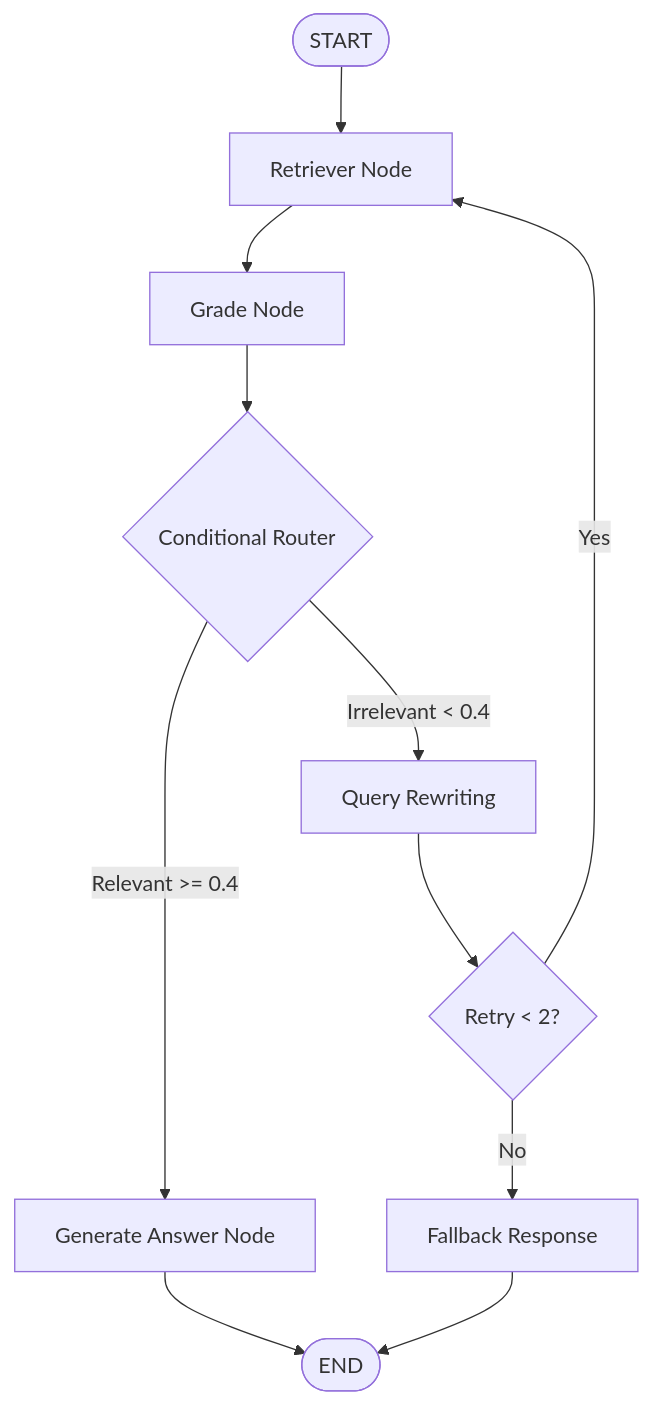
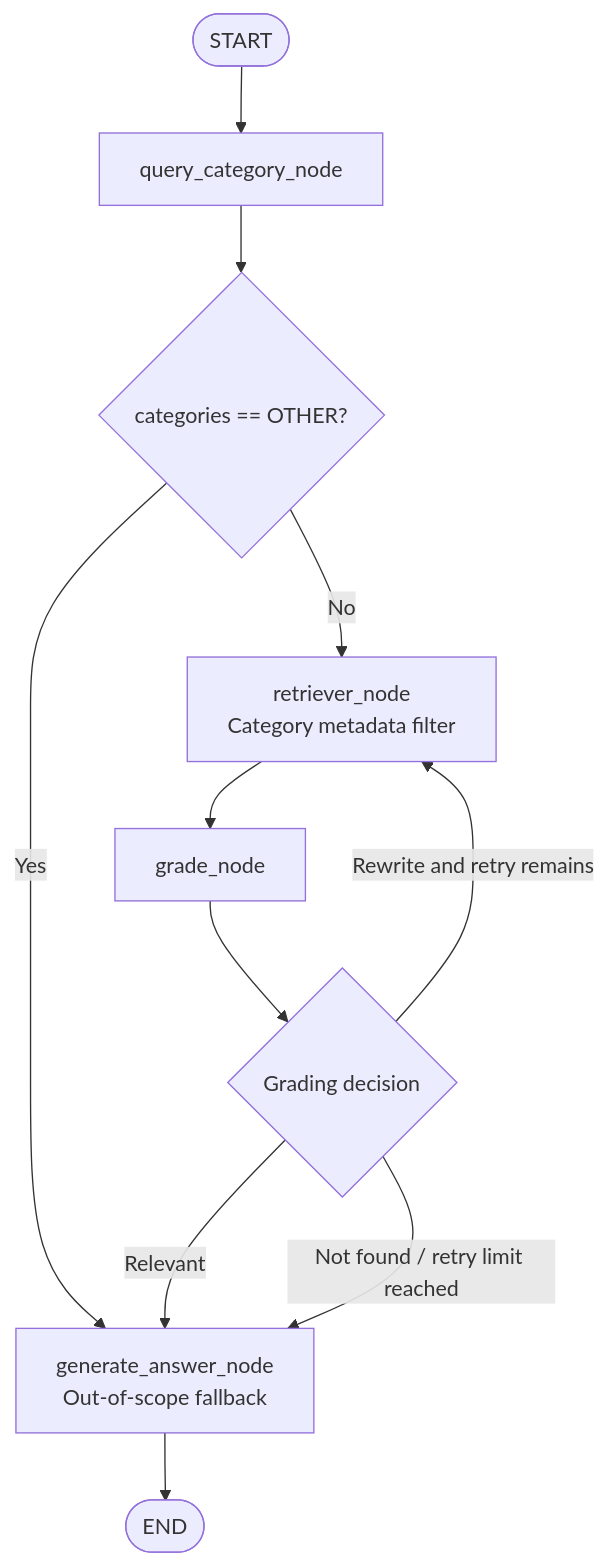
The diagram in README.md (Sahil1576/Niyam-AI-Chatbot), drawn with Mermaid before and after one commit. The commit also changed other lines of this file and 11 other files, not shown here.

````diff
--- a/README.md
+++ b/README.md
@@ -148,16 +145,13 @@
 ```mermaid
 flowchart TD
-    A([START]) --> B[Retriever Node]
-    B --> C[Grade Node]
-    C --> D{Conditional Router}
-
-    D -->|Relevant >= 0.4| E[Generate Answer Node]
-    D -->|Irrelevant < 0.4| F[Query Rewriting]
-
-    F --> G{Retry < 2?}
-    G -->|Yes| B
-    G -->|No| H[Fallback Response]
-
-    E --> I([END])
-    H --> I
+    A([START]) --> B[query_category_node]
+    B --> C{categories == OTHER?}
+    C -->|Yes| G[generate_answer_node<br/>Out-of-scope fallback]
+    C -->|No| D[retriever_node<br/>Category metadata filter]
+    D --> E[grade_node]
+    E --> F{Grading decision}
+    F -->|Relevant| G
+    F -->|Rewrite and retry remains| D
+    F -->|Not found / retry limit reached| G
+    G --> H([END])
 ```
````
